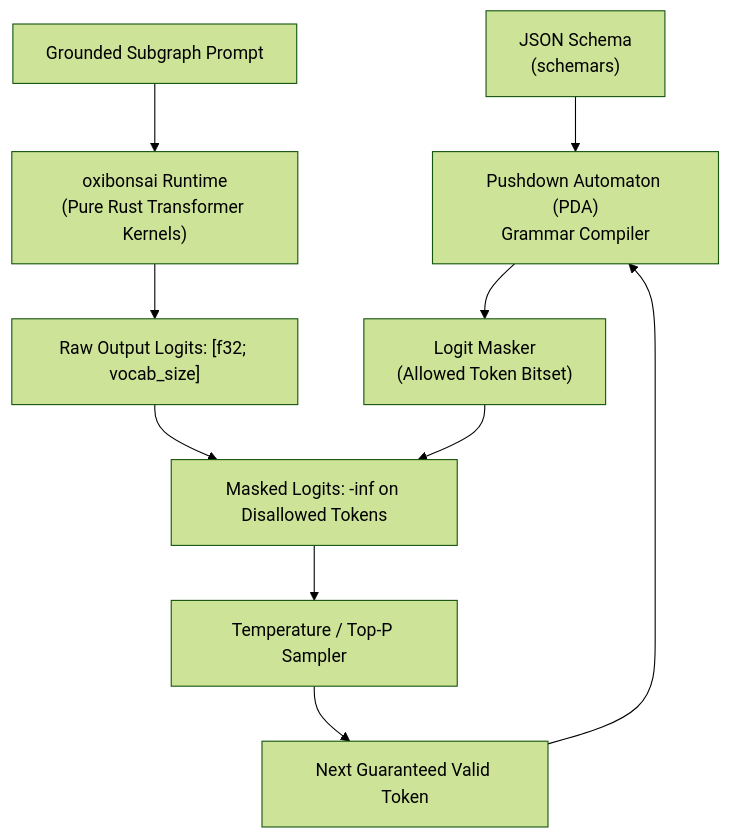
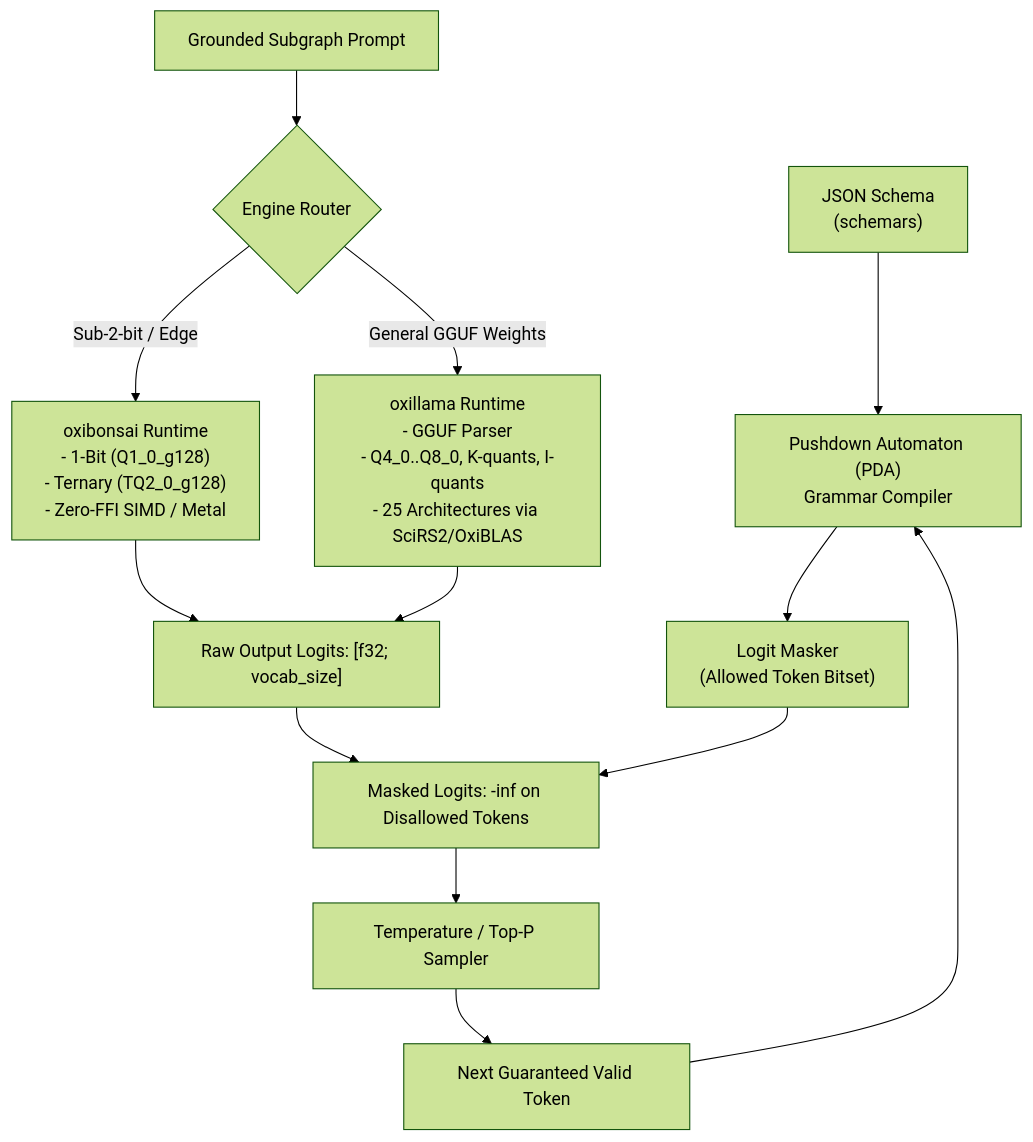
Before and after one commit to yasuomaidana/embedag: the diagram in doc/11_Pure_Rust_LLM_Inference_and_Constrained_Decoding.md, drawn with Mermaid (forest theme). The commit also changed other lines of this file and 12 other files, not shown here.

Commit message:
feat: enhance documentation for extraction schemas and retrieval architecture

````diff
--- a/doc/11_Pure_Rust_LLM_Inference_and_Constrained_Decoding.md
+++ b/doc/11_Pure_Rust_LLM_Inference_and_Constrained_Decoding.md
@@ -23,11 +25,17 @@
 ```mermaid
 flowchart TD
     Schema["JSON Schema<br/>(schemars)"] --> Automaton["Pushdown Automaton (PDA)<br/>Grammar Compiler"]
     Automaton --> Masker["Logit Masker<br/>(Allowed Token Bitset)"]
-    Prompt["Grounded Subgraph Prompt"] --> Engine["oxibonsai Runtime<br/>(Pure Rust Transformer Kernels)"]
-    Engine --> RawLogits["Raw Output Logits: [f32; vocab_size]"]
+    Prompt["Grounded Subgraph Prompt"] --> EngineSelector{"Engine Router"}
+
+    EngineSelector -->|Sub-2-bit / Edge| OxiBonsai["oxibonsai Runtime<br/>- 1-Bit (Q1_0_g128)<br/>- Ternary (TQ2_0_g128)<br/>- Zero-FFI SIMD / Metal"]
+    EngineSelector -->|General GGUF Weights| OxiLLaMa["oxillama Runtime<br/>- GGUF Parser<br/>- Q4_0..Q8_0, K-quants, I-quants<br/>- 25 Architectures via SciRS2/OxiBLAS"]
+
+    OxiBonsai --> RawLogits["Raw Output Logits: [f32; vocab_size]"]
+    OxiLLaMa --> RawLogits
+
     RawLogits & Masker --> MaskedLogits["Masked Logits: -inf on Disallowed Tokens"]
     MaskedLogits --> Sampler["Temperature / Top-P Sampler"]
     Sampler --> NextToken["Next Guaranteed Valid Token"]
     NextToken --> Automaton
 ```
````
